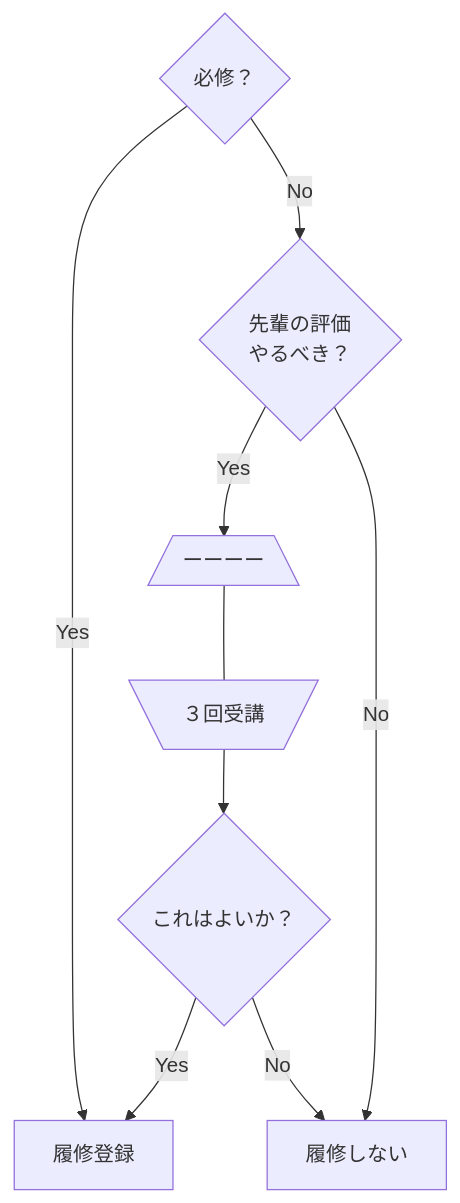
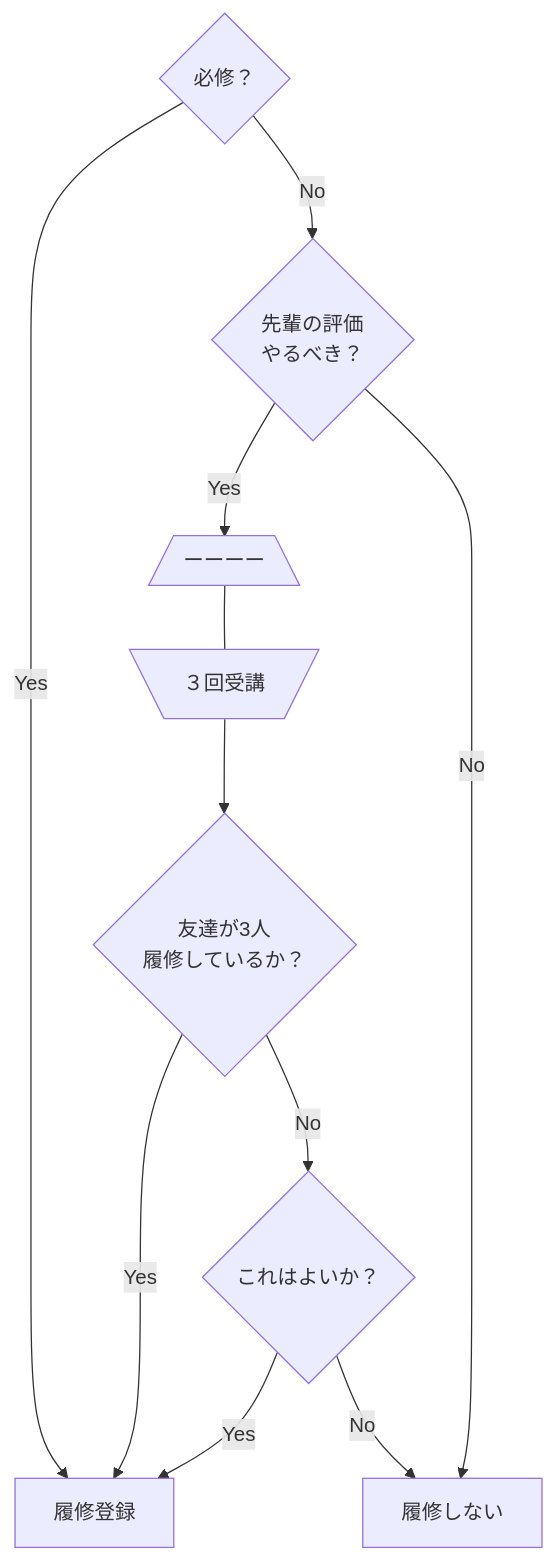
The diagram in zugagijutu/第8回/kadai.md (rrr-bit00/kougi), drawn with Mermaid before and after one commit.

Commit message:
8_kadai2

````diff
--- a/zugagijutu/第8回/kadai.md
+++ b/zugagijutu/第8回/kadai.md
@@ -1,24 +1,30 @@
 ```mermaid
 
 flowchart TD
 hisshu{"必修？"}
 senpai{"先輩の評価
         やるべき？"}
 loop[/"ーーーー"\]
 loopend[\"３回受講"/]
 dameda{"これはよいか？"}
 
 rishu["履修登録"]
 pass["履修しない"]
 
 hisshu -->|Yes| rishu
 hisshu -->|No| senpai
 senpai -->|Yes| loop
 senpai -->|No| pass
 
 loop --- loopend
-loopend --> dameda
+%%loopend --> dameda
 dameda -->|Yes| rishu
 dameda -->|No| pass
 
+%%課題2
+tomo{"友達が3人
+    履修しているか？"}
+loopend --> tomo
+tomo -->|Yes| rishu
+tomo -->|No| dameda
 ```
````
